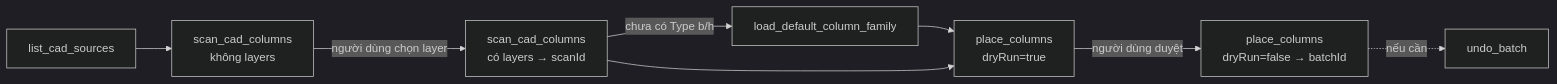
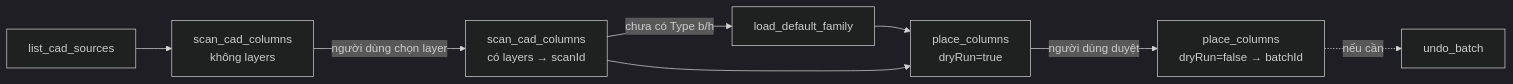
One commit to haivo088/261011_bimtech-revit-mcp changed the diagram in docs/04-cad-to-structure.md. Above: the diagram before and after it, drawn with Mermaid (dark theme). The commit also changed other lines of this file and 45 other files, not shown here.

````diff
--- a/docs/04-cad-to-structure.md
+++ b/docs/04-cad-to-structure.md
@@ -23,10 +26,10 @@
 ```mermaid
 flowchart LR
     A[list_cad_sources] --> B[scan_cad_columns<br/>không layers]
     B -->|người dùng chọn layer| C[scan_cad_columns<br/>có layers → scanId]
-    C -->|chưa có Type b/h| L[load_default_column_family]
+    C -->|chưa có Type b/h| L[load_default_family]
     L --> D
     C --> D[place_columns<br/>dryRun=true]
     D -->|người dùng duyệt| E[place_columns<br/>dryRun=false → batchId]
     E -.->|nếu cần| U[undo_batch]
 ```
````
